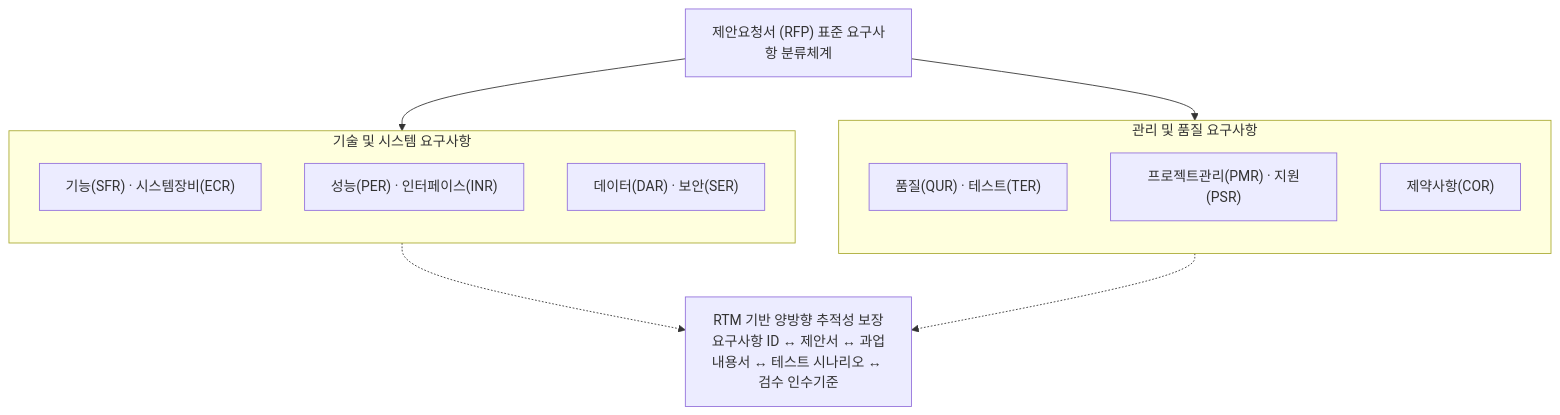
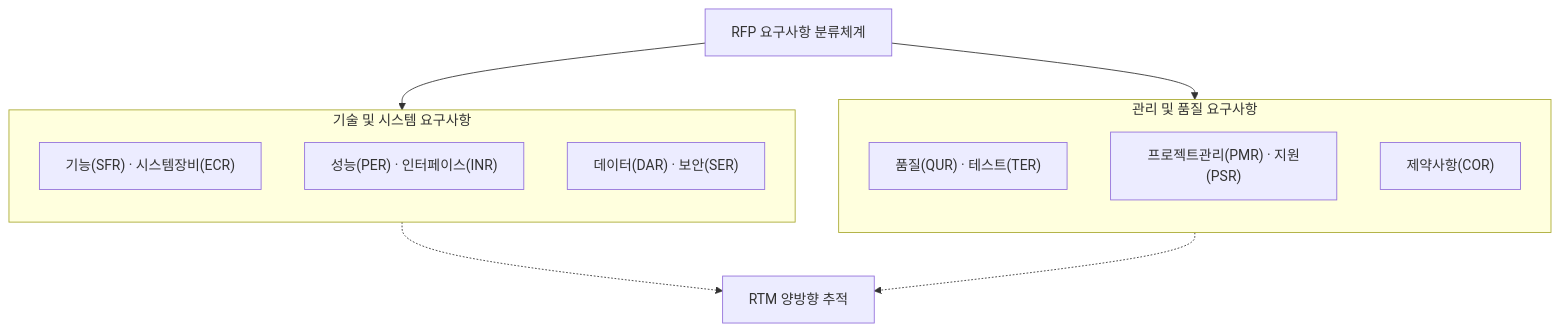
Before and after one commit to agnusdei1207/study: the first of 3 diagrams in src/content/docs/notes/itpe/01-it-strategy/049_rfp.md, drawn with Mermaid. The commit also changed other lines of this file and 19 other files, not shown here.

````diff
--- a/src/content/docs/notes/itpe/01-it-strategy/049_rfp.md
+++ b/src/content/docs/notes/itpe/01-it-strategy/049_rfp.md
@@ -52,25 +52,25 @@
 ```mermaid
 flowchart TD
-    RFP["제안요청서 (RFP) 표준 요구사항 분류체계"]
+    RFP["RFP 요구사항 분류체계"]
     
     subgraph TECH["기술 및 시스템 요구사항"]
         direction TB
         T1["기능(SFR) · 시스템장비(ECR)"]
         T2["성능(PER) · 인터페이스(INR)"]
         T3["데이터(DAR) · 보안(SER)"]
     end
     
     subgraph MGMT["관리 및 품질 요구사항"]
         direction TB
         M1["품질(QUR) · 테스트(TER)"]
         M2["프로젝트관리(PMR) · 지원(PSR)"]
         M3["제약사항(COR)"]
     end
     
     RFP --> TECH
     RFP --> MGMT
     
-    RTM["RTM 기반 양방향 추적성 보장<br/>요구사항 ID ↔ 제안서 ↔ 과업내용서 ↔ 테스트 시나리오 ↔ 검수 인수기준"]
+    RTM["RTM 양방향 추적"]
     TECH -.-> RTM
     MGMT -.-> RTM
 ```
````
